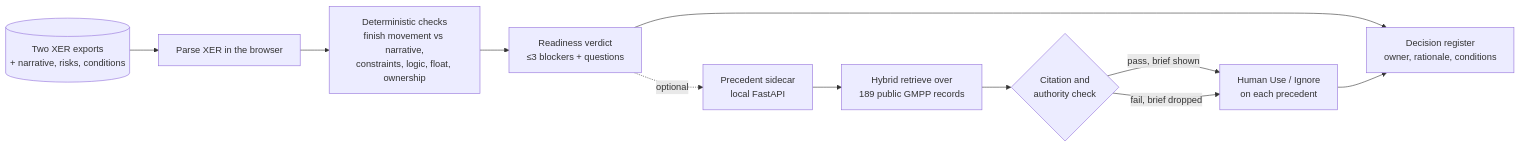
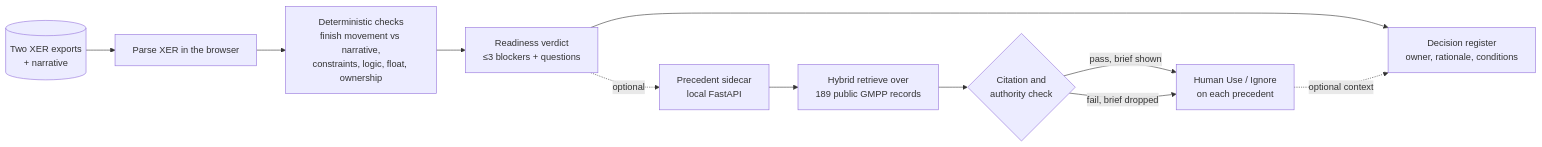
One commit to MatthewPaver/ProjectLens changed the diagram in README.md. Above: the diagram before and after it, drawn with Mermaid. The commit also changed other lines of this file and 8 other files, not shown here.

````diff
--- a/README.md
+++ b/README.md
@@ -41,13 +41,13 @@
 ```mermaid
 flowchart LR
-    X[(Two XER exports<br/>+ narrative, risks, conditions)] --> P[Parse XER in the browser]
+    X[(Two XER exports<br/>+ narrative)] --> P[Parse XER in the browser]
     P --> R[Deterministic checks<br/>finish movement vs narrative,<br/>constraints, logic, float, ownership]
     R --> V[Readiness verdict<br/>≤3 blockers + questions]
     V -. optional .-> S[Precedent sidecar<br/>local FastAPI]
     S --> H[Hybrid retrieve over<br/>189 public GMPP records]
     H --> C{Citation and<br/>authority check}
     C -- pass, brief shown --> U[Human Use / Ignore<br/>on each precedent]
     C -- fail, brief dropped --> U
     V --> D[Decision register<br/>owner, rationale, conditions]
-    U --> D
+    U -. optional context .-> D
 ```
````
